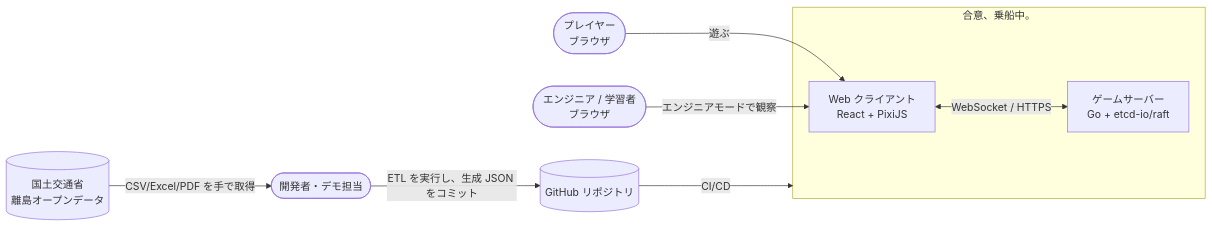
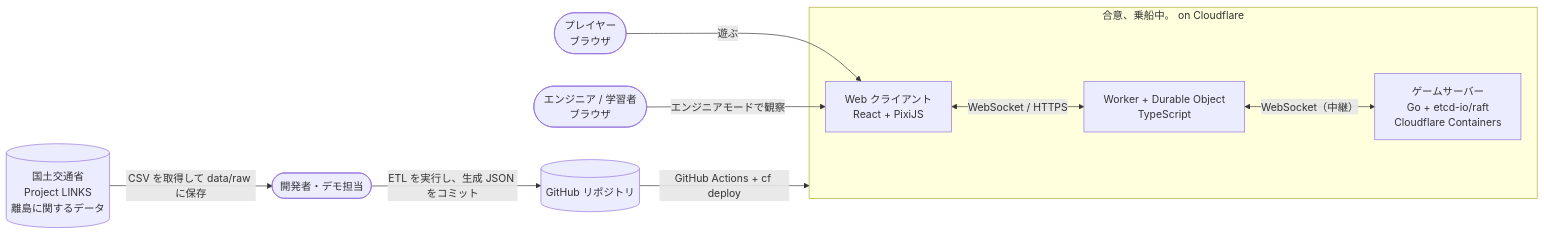
Before and after one commit to K-Kizuku/raft-game: the first of 9 diagrams in docs/02-architecture.md, drawn with Mermaid. The commit also changed other lines of this file and 30 other files, not shown here.

````diff
--- a/docs/02-architecture.md
+++ b/docs/02-architecture.md
@@ -15,19 +16,21 @@
 ```mermaid
 flowchart LR
     player([プレイヤー<br/>ブラウザ])
     eng([エンジニア / 学習者<br/>ブラウザ])
     ops([開発者・デモ担当])
-    mlit[(国土交通省<br/>離島オープンデータ)]
+    mlit[(国土交通省<br/>Project LINKS<br/>離島に関するデータ)]
 
-    subgraph system[合意、乗船中。]
+    subgraph system[合意、乗船中。 on Cloudflare]
         web[Web クライアント<br/>React + PixiJS]
-        srv[ゲームサーバー<br/>Go + etcd-io/raft]
+        edge[Worker + Durable Object<br/>TypeScript]
+        srv[ゲームサーバー<br/>Go + etcd-io/raft<br/>Cloudflare Containers]
     end
 
     player -- 遊ぶ --> web
     eng -- エンジニアモードで観察 --> web
-    web <-- WebSocket / HTTPS --> srv
+    web <-- WebSocket / HTTPS --> edge
+    edge <-- WebSocket（中継） --> srv
     ops -- ETL を実行し、生成 JSON をコミット --> repo[(GitHub リポジトリ)]
-    mlit -- CSV/Excel/PDF を手で取得 --> ops
-    repo -- CI/CD --> system
+    mlit -- CSV を取得して data/raw に保存 --> ops
+    repo -- GitHub Actions + cf deploy --> system
 ```
````
